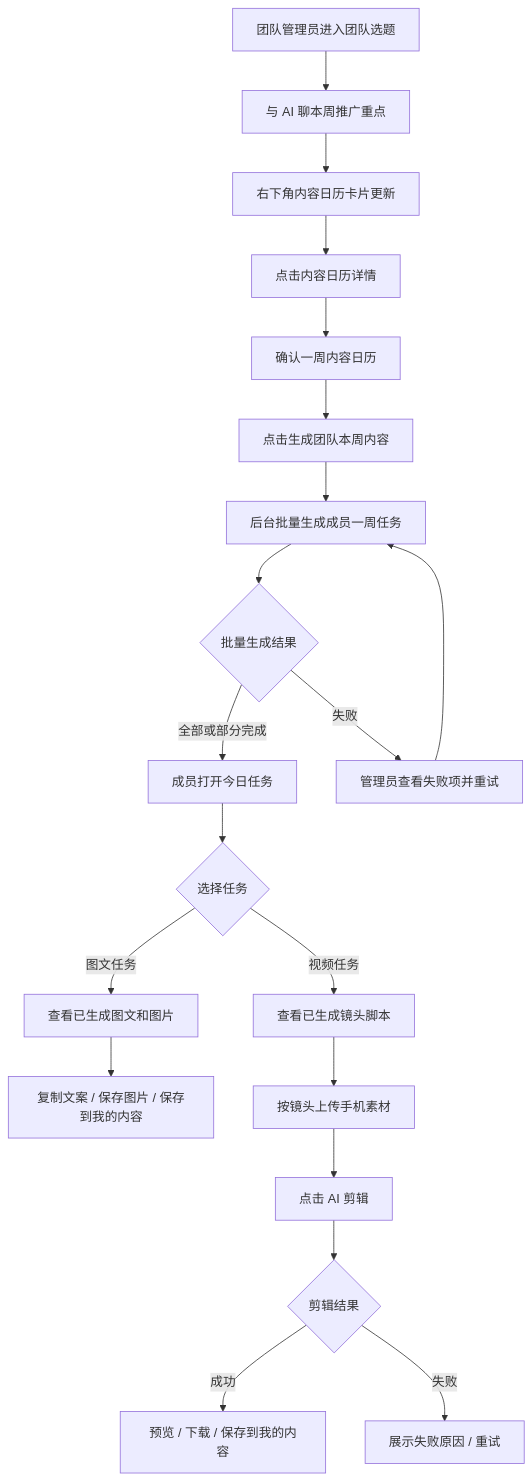
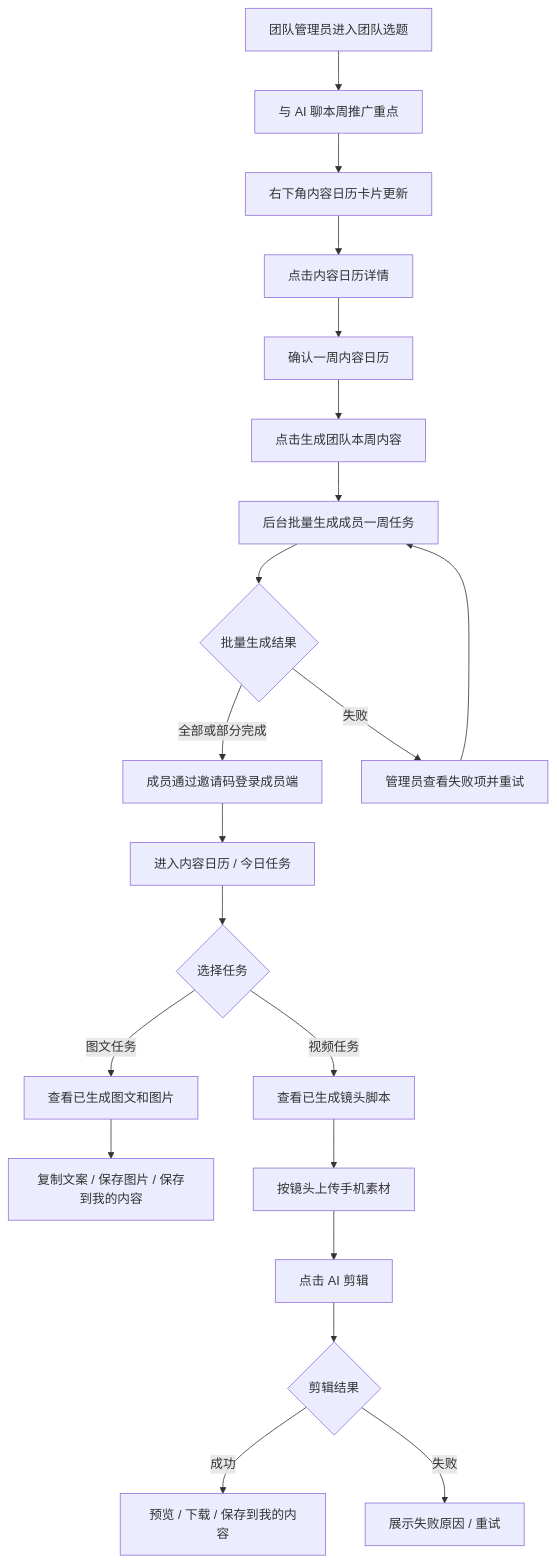
The first of 3 diagrams in docs/产品文档/V2.3.1-中介成员端任务执行与自动成片PRD.md (svmlearn/jingjing-aigc-platfrom), drawn with Mermaid before and after one commit. The commit also changed other lines of this file, not shown here.

````diff
--- a/docs/产品文档/V2.3.1-中介成员端任务执行与自动成片PRD.md
+++ b/docs/产品文档/V2.3.1-中介成员端任务执行与自动成片PRD.md
@@ -99,23 +108,24 @@
 ```mermaid
 flowchart TD
   A["团队管理员进入团队选题"] --> B["与 AI 聊本周推广重点"]
   B --> C["右下角内容日历卡片更新"]
   C --> D["点击内容日历详情"]
   D --> E["确认一周内容日历"]
   E --> F["点击生成团队本周内容"]
   F --> G["后台批量生成成员一周任务"]
   G --> H{"批量生成结果"}
-  H -->|"全部或部分完成"| I["成员打开今日任务"]
+  H -->|"全部或部分完成"| I["成员通过邀请码登录成员端"]
   H -->|"失败"| J["管理员查看失败项并重试"]
   J --> G
 
-  I --> K{"选择任务"}
-  K -->|"图文任务"| L["查看已生成图文和图片"]
-  L --> M["复制文案 / 保存图片 / 保存到我的内容"]
-  K -->|"视频任务"| N["查看已生成镜头脚本"]
-  N --> O["按镜头上传手机素材"]
-  O --> P["点击 AI 剪辑"]
-  P --> Q{"剪辑结果"}
-  Q -->|"成功"| R["预览 / 下载 / 保存到我的内容"]
-  Q -->|"失败"| S["展示失败原因 / 重试"]
+  I --> K["进入内容日历 / 今日任务"]
+  K --> L{"选择任务"}
+  L -->|"图文任务"| M["查看已生成图文和图片"]
+  M --> N["复制文案 / 保存图片 / 保存到我的内容"]
+  L -->|"视频任务"| O["查看已生成镜头脚本"]
+  O --> P["按镜头上传手机素材"]
+  P --> Q["点击 AI 剪辑"]
+  Q --> R{"剪辑结果"}
+  R -->|"成功"| S["预览 / 下载 / 保存到我的内容"]
+  R -->|"失败"| T["展示失败原因 / 重试"]
 ```
````
